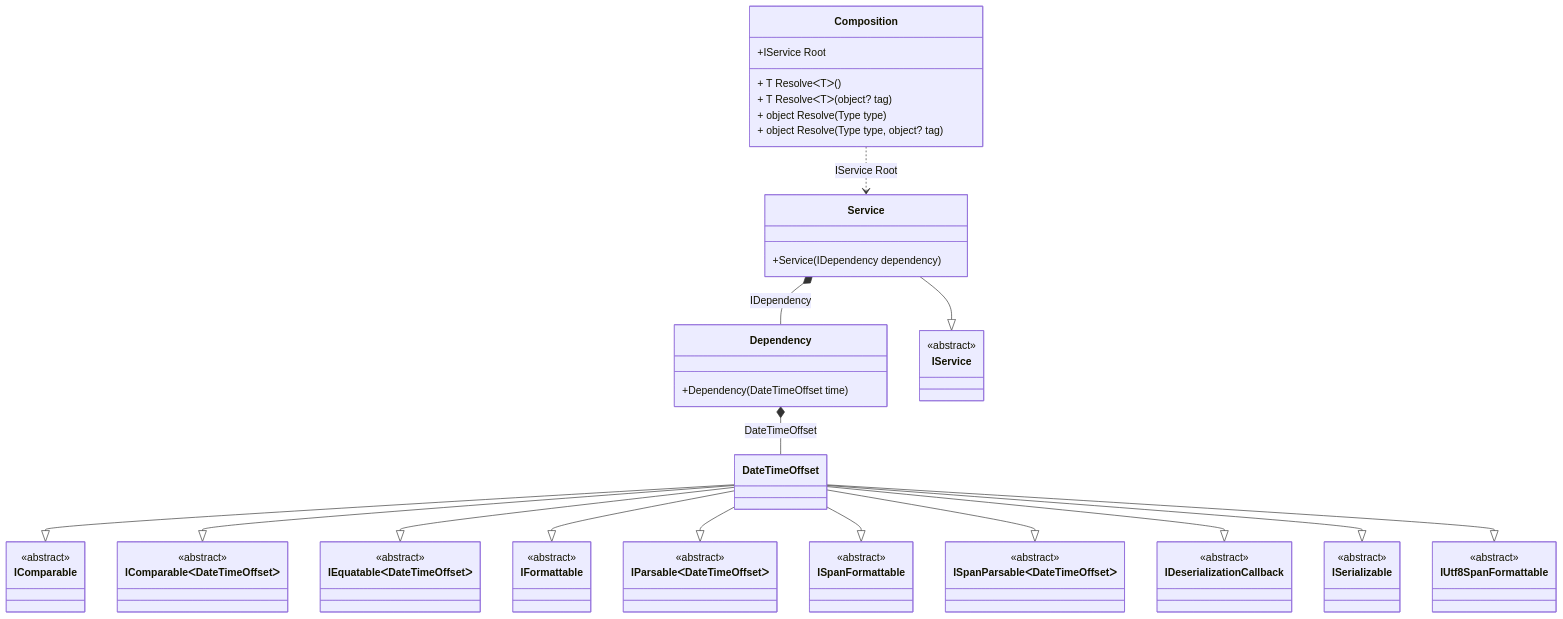
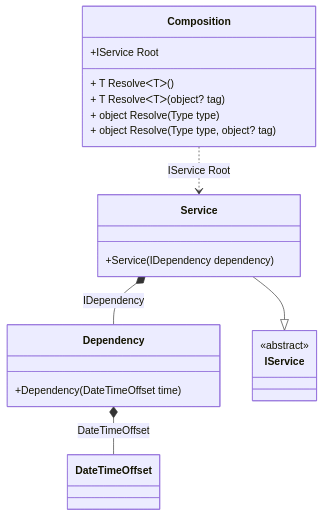
The diagram in readme/factory.md (DevTeam/Pure.DI), drawn with Mermaid before and after one commit. The commit also changed other lines of this file and 85 other files, not shown here.

````diff
--- a/readme/factory.md
+++ b/readme/factory.md
@@ -55,64 +55,24 @@
 ```mermaid
 classDiagram
   class Composition {
     +IService Root
     + T ResolveᐸTᐳ()
     + T ResolveᐸTᐳ(object? tag)
     + object Resolve(Type type)
     + object Resolve(Type type, object? tag)
   }
   class Dependency {
     +Dependency(DateTimeOffset time)
   }
-  DateTimeOffset --|> IComparable : 
-  DateTimeOffset --|> IComparableᐸDateTimeOffsetᐳ : 
-  DateTimeOffset --|> IEquatableᐸDateTimeOffsetᐳ : 
-  DateTimeOffset --|> IFormattable : 
-  DateTimeOffset --|> IParsableᐸDateTimeOffsetᐳ : 
-  DateTimeOffset --|> ISpanFormattable : 
-  DateTimeOffset --|> ISpanParsableᐸDateTimeOffsetᐳ : 
-  DateTimeOffset --|> IDeserializationCallback : 
-  DateTimeOffset --|> ISerializable : 
-  DateTimeOffset --|> IUtf8SpanFormattable : 
   class DateTimeOffset
   Service --|> IService : 
   class Service {
     +Service(IDependency dependency)
-  }
-  class IComparable {
-    <<abstract>>
-  }
-  class IComparableᐸDateTimeOffsetᐳ {
-    <<abstract>>
-  }
-  class IEquatableᐸDateTimeOffsetᐳ {
-    <<abstract>>
-  }
-  class IFormattable {
-    <<abstract>>
-  }
-  class IParsableᐸDateTimeOffsetᐳ {
-    <<abstract>>
-  }
-  class ISpanFormattable {
-    <<abstract>>
-  }
-  class ISpanParsableᐸDateTimeOffsetᐳ {
-    <<abstract>>
-  }
-  class IDeserializationCallback {
-    <<abstract>>
-  }
-  class ISerializable {
-    <<abstract>>
-  }
-  class IUtf8SpanFormattable {
-    <<abstract>>
   }
   class IService {
     <<abstract>>
   }
   Dependency *--  DateTimeOffset : DateTimeOffset
   Service *--  Dependency : IDependency
   Composition ..> Service : IService Root
 ```
````
